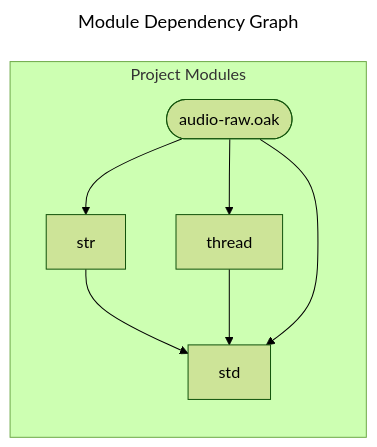
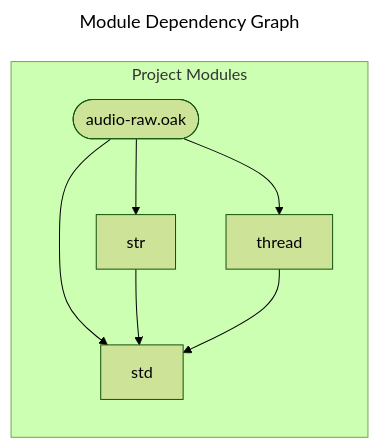
Before and after one commit to SpcFORK/magnolia: the diagram in docs/spec/audio-raw.mmd, drawn with Mermaid (forest theme). The commit also changed other lines of this file and 607 other files, not shown here.

```diff
--- a/docs/spec/audio-raw.mmd
+++ b/docs/spec/audio-raw.mmd
@@ -1,15 +1,15 @@
 ---
 title: Module Dependency Graph
 ---
 flowchart LR
     subgraph project_modules ["Project Modules"]
+        lib_audio_raw_oak(["audio-raw.oak"])
+        std["std"]
         str["str"]
         thread["thread"]
-        lib_audio_raw_oak(["audio-raw.oak"])
-        std["std"]
     end
-    str --> std
-    thread --> std
     lib_audio_raw_oak --> std
     lib_audio_raw_oak --> str
     lib_audio_raw_oak --> thread
+    str --> std
+    thread --> std
```
